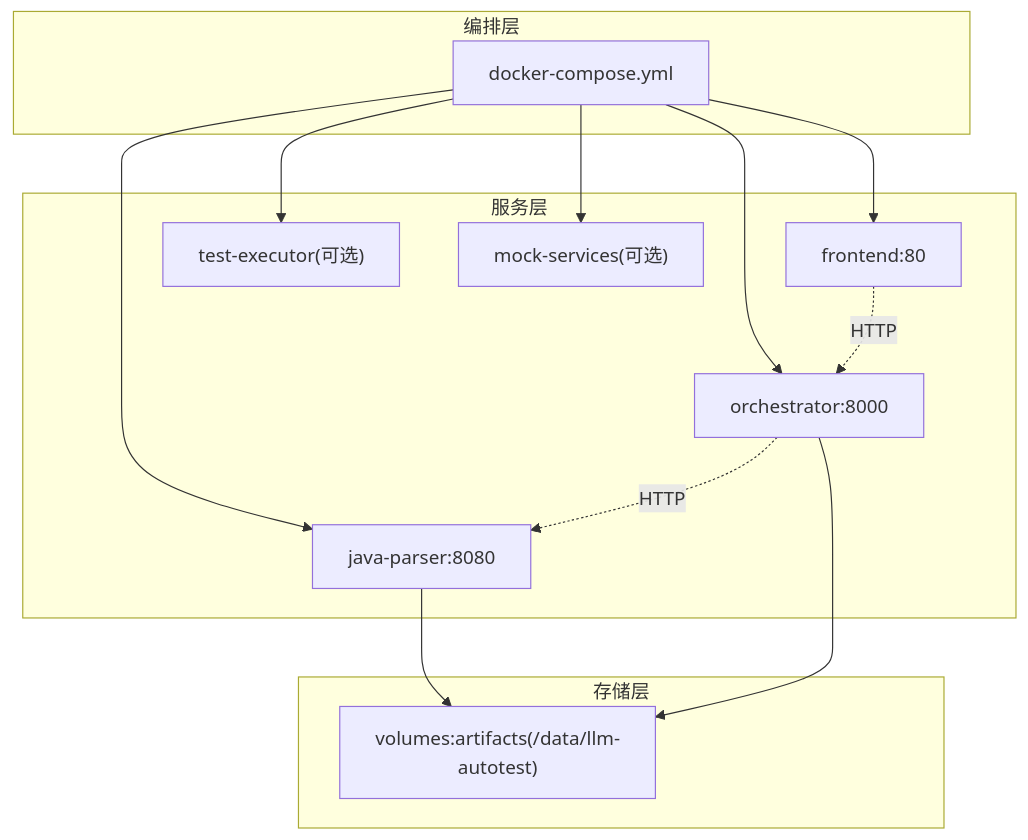
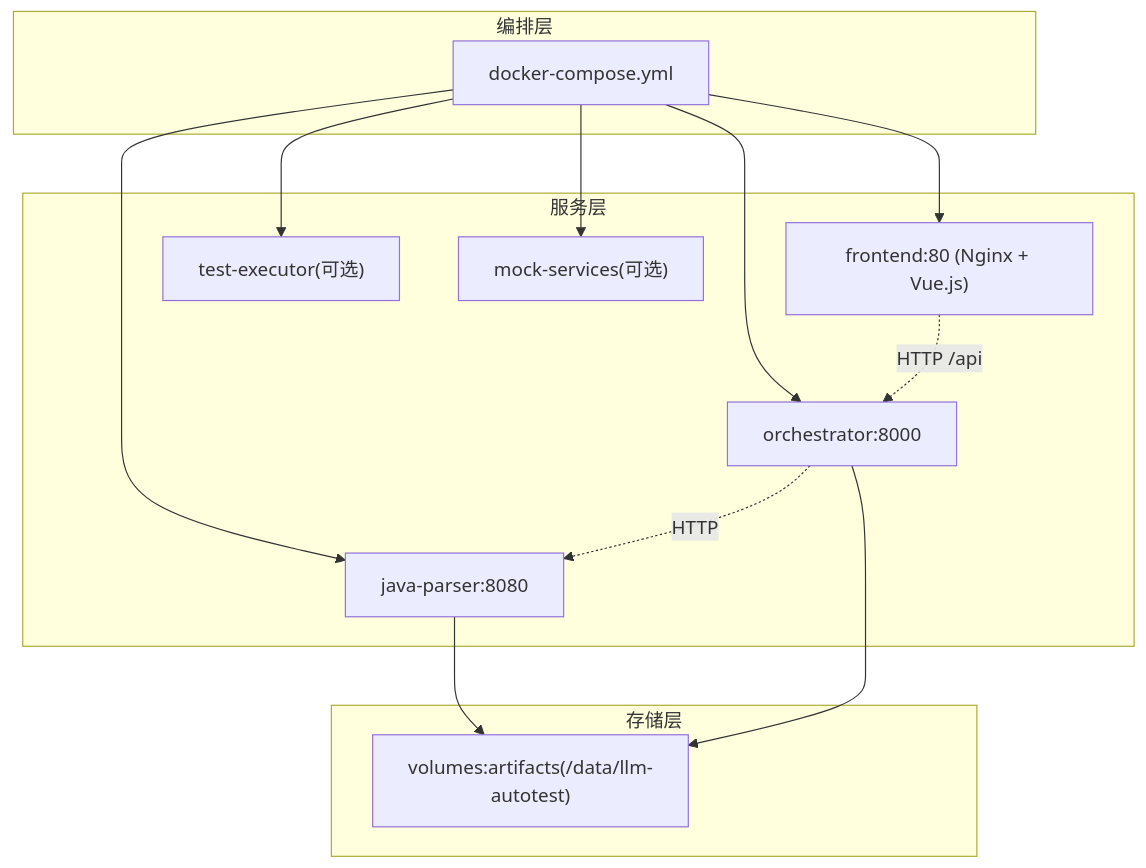
One commit to Joeyzheng001/LLM-AutoTest changed the first of 6 diagrams in .qoder/repowiki/zh/content/部署运维/容器化部署.md. Above: the diagram before and after it, drawn with Mermaid. The commit also changed other lines of this file and 94 other files, not shown here.

````diff
--- a/.qoder/repowiki/zh/content/部署运维/容器化部署.md
+++ b/.qoder/repowiki/zh/content/部署运维/容器化部署.md
@@ -47,25 +57,25 @@
 ```mermaid
 graph TB
 subgraph "编排层"
 DC["docker-compose.yml"]
 end
 subgraph "服务层"
 FP["java-parser:8080"]
 OR["orchestrator:8000"]
-FE["frontend:80"]
+FE["frontend:80 (Nginx + Vue.js)"]
 TE["test-executor(可选)"]
 MS["mock-services(可选)"]
 end
 subgraph "存储层"
 V["volumes:artifacts(/data/llm-autotest)"]
 end
 DC --> FP
 DC --> OR
 DC --> FE
 DC --> TE
 DC --> MS
 FP --> V
 OR --> V
-FE -.->|"HTTP"| OR
+FE -.->|"HTTP /api"| OR
 OR -.->|"HTTP"| FP
 ```
````
